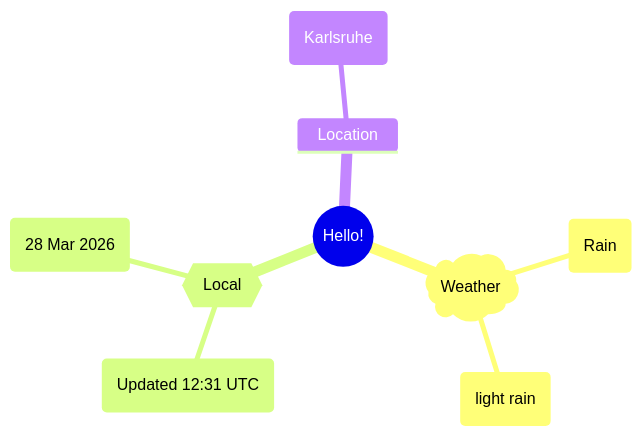
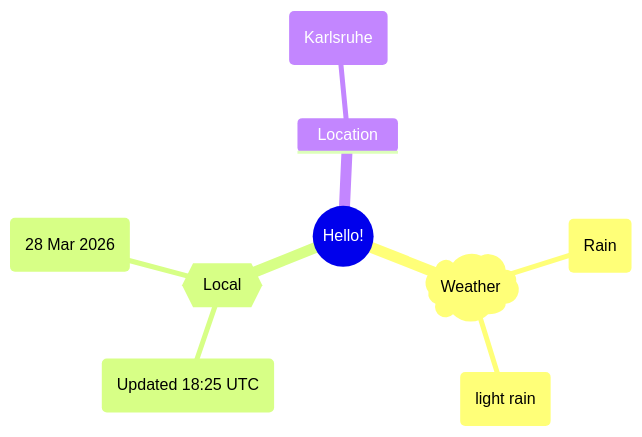
One commit to Xosrov/Xosrov changed the first of 2 diagrams in README.md. Above: the diagram before and after it, drawn with Mermaid.

Commit message:
[bot] updated images

````diff
--- a/README.md
+++ b/README.md
@@ -3,12 +3,12 @@
 ```mermaid
 mindmap
   root((Hello!))
     )Weather(
         (Rain)
         (light rain)
     {{Local}}
-        (Updated 12:31 UTC)
+        (Updated 18:25 UTC)
         (28 Mar 2026)
     Location
         (Karlsruhe)
 ```
````
